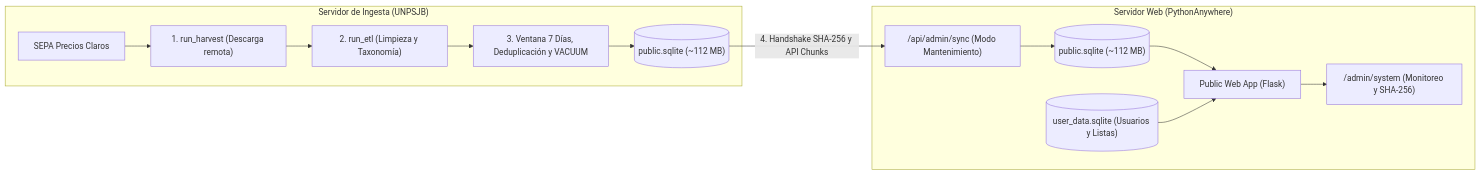
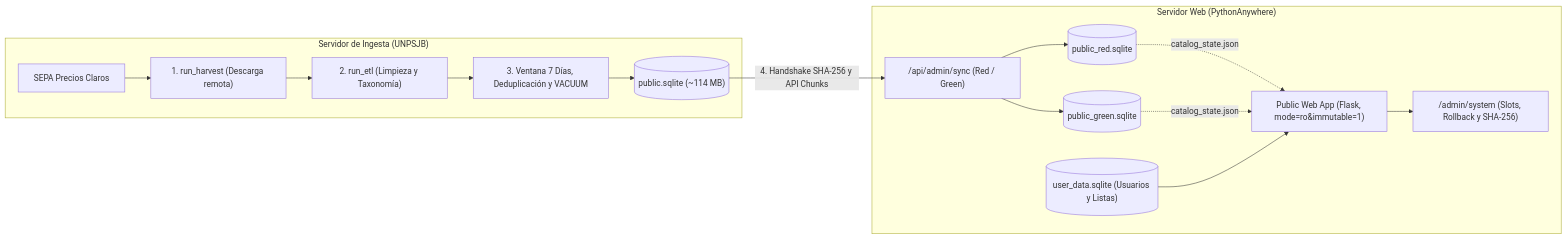
One commit to DanielBerns/sur_en_precios changed the second of 2 diagrams in README.md. Above: the diagram before and after it, drawn with Mermaid. The commit also changed other lines of this file and 11 other files, not shown here.

Commit message:
feature: red/green update of the remote public database

````diff
--- a/README.md
+++ b/README.md
@@ -202,17 +202,19 @@
 ```mermaid
 flowchart LR
     subgraph IngestionServer ["Servidor de Ingesta (UNPSJB)"]
         SEPA["SEPA Precios Claros"] --> Harvest["1. run_harvest (Descarga remota)"]
         Harvest --> ETL["2. run_etl (Limpieza y Taxonomía)"]
         ETL --> Window["3. Ventana 7 Días, Deduplicación y VACUUM"]
-        Window --> LocalDB[("public.sqlite (~112 MB)")]
+        Window --> LocalDB[("public.sqlite (~114 MB)")]
     end
 
     subgraph ProductionHost ["Servidor Web (PythonAnywhere)"]
-        LocalDB -->|4. Handshake SHA-256 y API Chunks| RemoteSync["/api/admin/sync (Modo Mantenimiento)"]
-        RemoteSync --> WebPublicDB[("public.sqlite (~112 MB)")]
-        WebPublicDB --> WebApp["Public Web App (Flask)"]
+        LocalDB -->|4. Handshake SHA-256 y API Chunks| RemoteSync["/api/admin/sync (Red / Green)"]
+        RemoteSync --> SlotRed[("public_red.sqlite")]
+        RemoteSync --> SlotGreen[("public_green.sqlite")]
+        SlotRed -.->|catalog_state.json| WebApp["Public Web App (Flask, mode=ro&immutable=1)"]
+        SlotGreen -.->|catalog_state.json| WebApp
         UserDB[("user_data.sqlite (Usuarios y Listas)")] --> WebApp
-        WebApp --> AdminView["/admin/system (Monitoreo y SHA-256)"]
+        WebApp --> AdminView["/admin/system (Slots, Rollback y SHA-256)"]
     end
 ```
````
